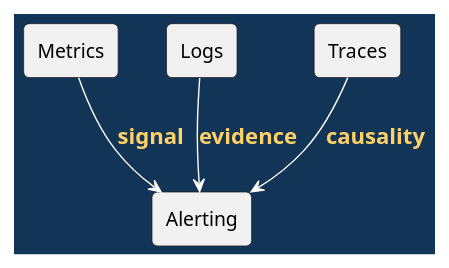
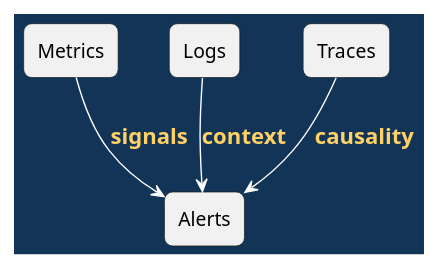
Before and after one commit to madajaju/CS5254: the fifth of 7 diagrams in doc/lectures/week12/README.slides.adoc, drawn with PlantUML. The commit also changed other lines of this file and 47 other files, not shown here.

```diff
--- a/doc/lectures/week12/README.slides.adoc
+++ b/doc/lectures/week12/README.slides.adoc
@@ -142,30 +139,26 @@
-[plantuml, observability-loop, svg, width=100%]
+[plantuml,width=100%]
 ----
 @startuml
-!pragma useBetaStyle true
 skinparam backgroundColor #123456
 skinparam defaultFontColor black
 skinparam ArrowColor white
 skinparam ArrowFontColor #ffd166
 skinparam ArrowFontStyle bold
 skinparam ArrowFontSize 16
 skinparam shadowing false
-skinparam roundcorner 8
-skinparam classBackgroundColor white
-skinparam classBorderColor #123456
-skinparam classFontColor black
-skinparam componentBackgroundColor white
-skinparam componentBorderColor #123456
-skinparam componentFontColor black
-skinparam noteBackgroundColor white
-skinparam noteBorderColor #123456
-skinparam noteFontColor black
-rectangle "Metrics" as M
-rectangle "Logs" as L
-rectangle "Traces" as T
-rectangle "Alerting" as A
-M --> A : signal
-L --> A : evidence
-T --> A : causality
+skinparam defaultTextAlignment center
+skinparam roundCorner 12
+skinparam class {
+  BackgroundColor white
+  BorderColor #123456
+  FontColor black
+}
+rectangle "Metrics" as MET
+rectangle "Logs" as LOG
+rectangle "Traces" as TR
+rectangle "Alerts" as AL
+MET --> AL : signals
+LOG --> AL : context
+TR --> AL : causality
 @enduml
 ----
```
